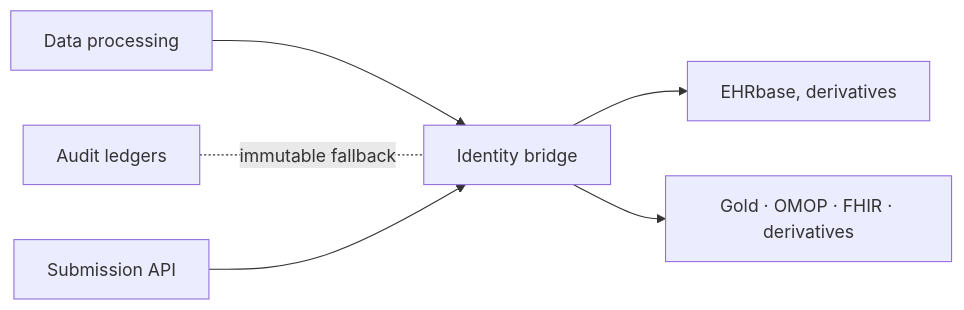
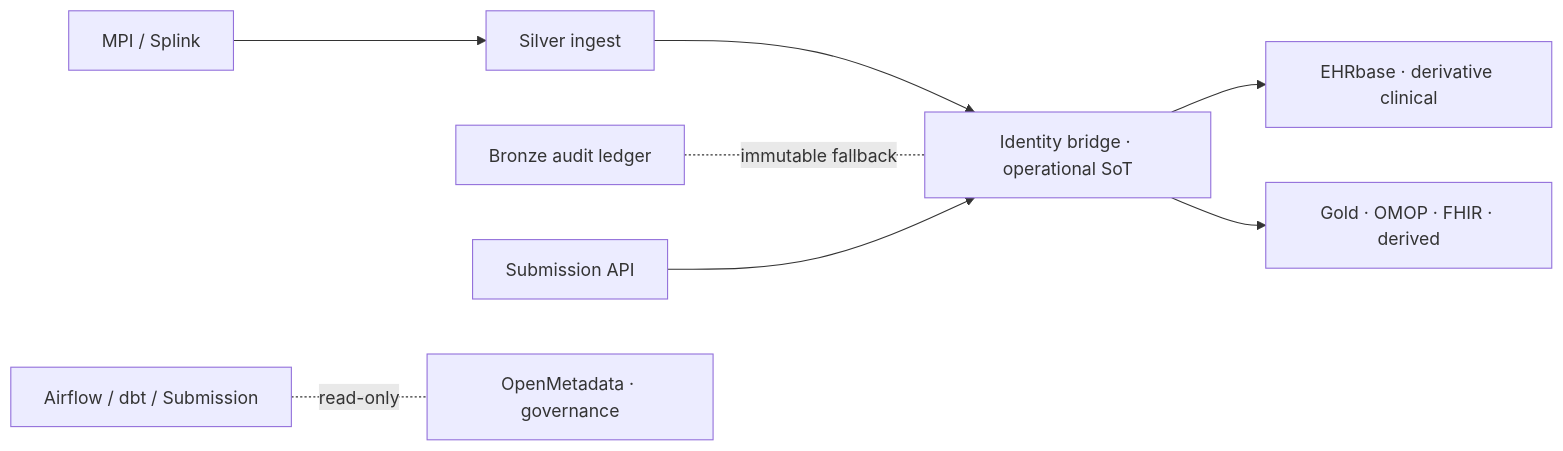
Before and after one commit to PedroMTQ/data_architecture_blueprint: the diagram in slides/pages/07-linking.md, drawn with Mermaid. The commit also changed other lines of this file and 34 other files, not shown here.

````diff
--- a/slides/pages/07-linking.md
+++ b/slides/pages/07-linking.md
@@ -20,9 +19,10 @@
 ```mermaid
 flowchart LR
-
-  Ingest[Data processing] --> Bridge[Identity bridge]
-  Ledger[Audit ledgers] -.immutable fallback.- Bridge
-  Bridge --> EHR[EHRbase, derivatives]
-  Bridge --> Gold[Gold · OMOP · FHIR · derivatives]
+  MPI[MPI / Splink] --> Ingest[Silver ingest]
+  Ingest --> Bridge[Identity bridge · operational SoT]
+  Ledger[Bronze audit ledger] -.immutable fallback.- Bridge
+  Bridge --> EHR[EHRbase · derivative clinical]
+  Bridge --> Gold[Gold · OMOP · FHIR · derived]
   Sub[Submission API] --> Bridge
+  Pipelines[Airflow / dbt / Submission] -.read-only.- OM[OpenMetadata · governance]
 ```
````
